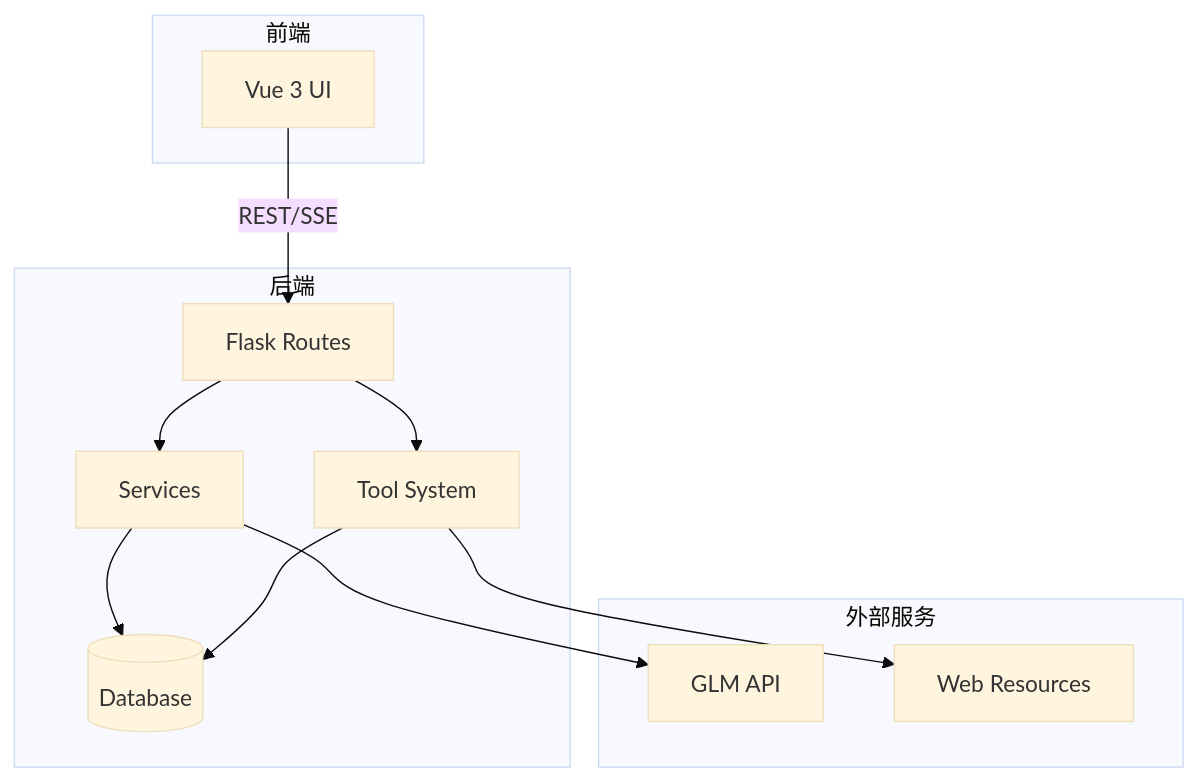
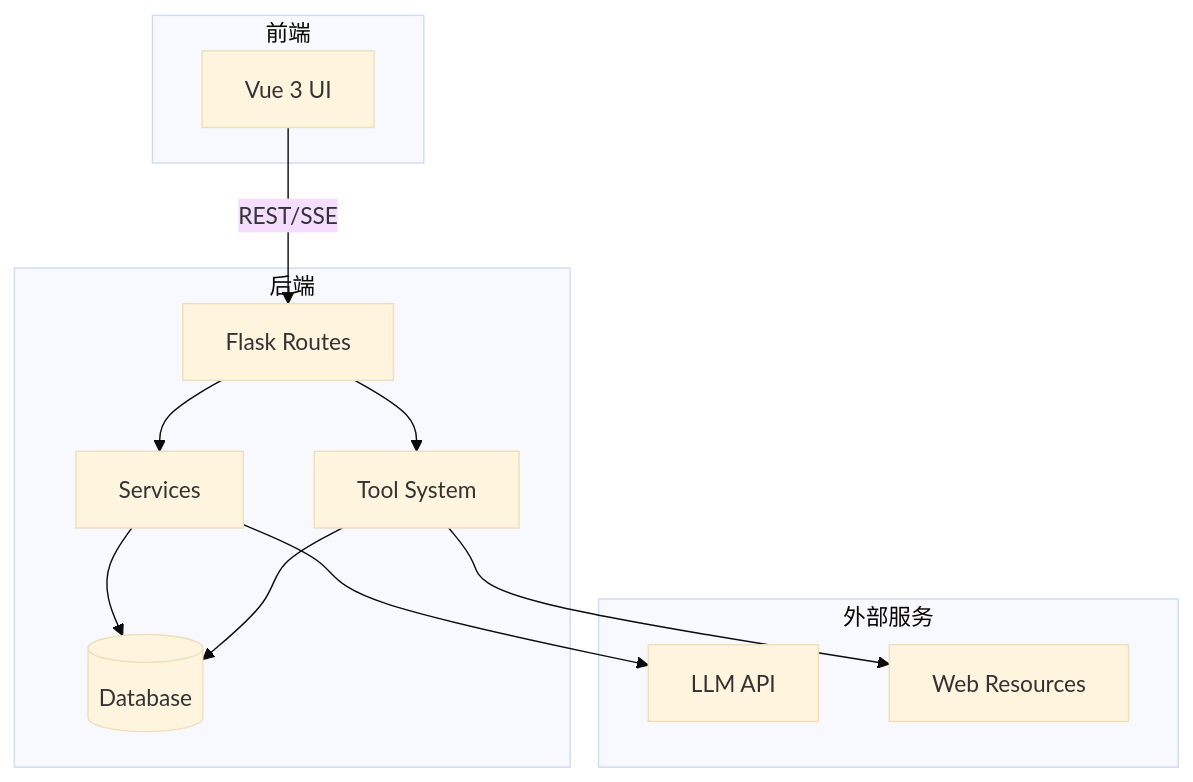
One commit to ViperEkura/nanoClaw changed the first of 4 diagrams in docs/Design.md. Above: the diagram before and after it, drawn with Mermaid (base theme). The commit also changed other lines of this file and 19 other files, not shown here.

````diff
--- a/docs/Design.md
+++ b/docs/Design.md
@@ -5,26 +5,26 @@
 ```mermaid
 graph TB
     subgraph Frontend[前端]
         UI[Vue 3 UI]
     end
 
     subgraph Backend[后端]
         API[Flask Routes]
         SVC[Services]
         TOOLS[Tool System]
         DB[(Database)]
     end
 
     subgraph External[外部服务]
-        GLM[GLM API]
+        LLM[LLM API]
         WEB[Web Resources]
     end
 
     UI -->|REST/SSE| API
     API --> SVC
     API --> TOOLS
-    SVC --> GLM
+    SVC --> LLM
     TOOLS --> WEB
     SVC --> DB
     TOOLS --> DB
 ```
````
